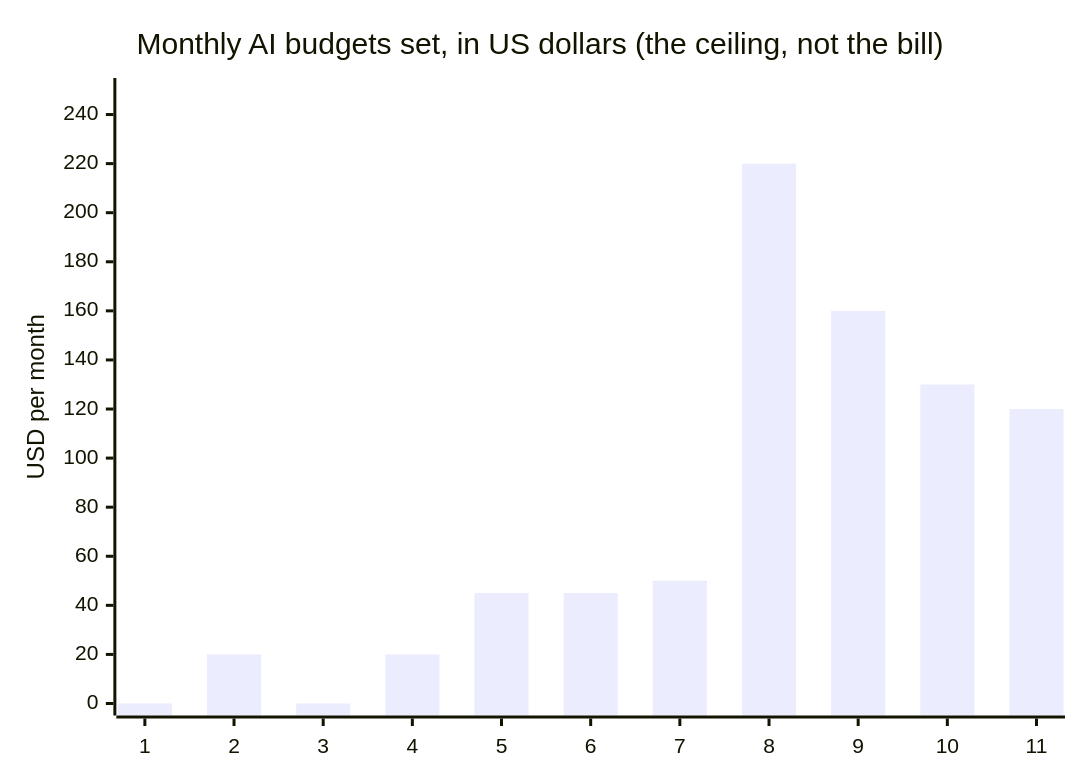
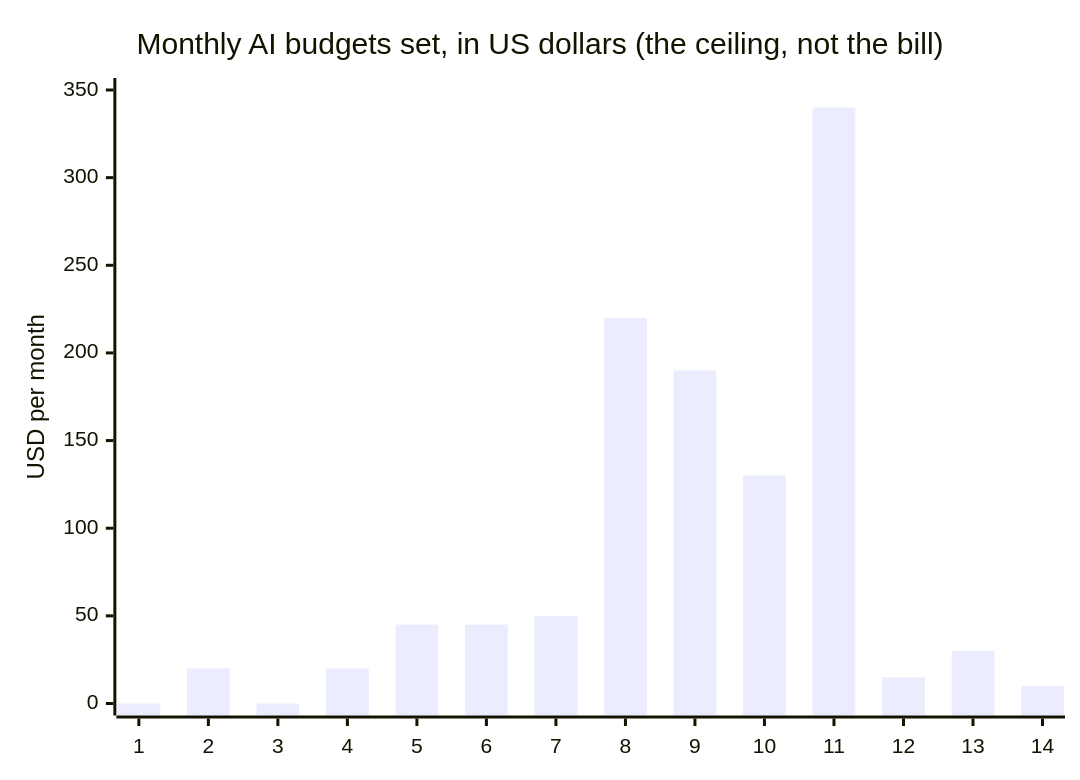
Before and after one commit to Smugandcomfy/waifu-ai-desktop: the second of 20 diagrams in docs/USE_CASES.md, drawn with Mermaid. The commit also changed other lines of this file and 14 other files, not shown here.

````diff
--- a/docs/USE_CASES.md
+++ b/docs/USE_CASES.md
@@ -62,7 +65,7 @@
 ```mermaid
 xychart-beta
     title "Monthly AI budgets set, in US dollars (the ceiling, not the bill)"
-    x-axis ["1", "2", "3", "4", "5", "6", "7", "8", "9", "10", "11"]
-    y-axis "USD per month" 0 --> 250
-    bar [0, 20, 0, 20, 45, 45, 50, 220, 160, 130, 120]
+    x-axis ["1", "2", "3", "4", "5", "6", "7", "8", "9", "10", "11", "12", "13", "14"]
+    y-axis "USD per month" 0 --> 350
+    bar [0, 20, 0, 20, 45, 45, 50, 220, 190, 130, 340, 15, 30, 10]
 ```
````
